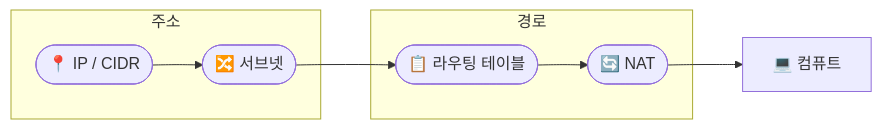
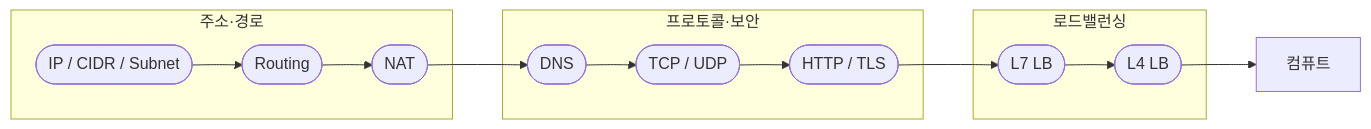
One commit to gwonmin/QuizNox_front changed the first of 5 diagrams in public/handbook/core-cs/real-system-diagrams.md. Above: the diagram before and after it, drawn with Mermaid. The commit also changed other lines of this file and 125 other files, not shown here.

````diff
--- a/public/handbook/core-cs/real-system-diagrams.md
+++ b/public/handbook/core-cs/real-system-diagrams.md
@@ -12,15 +9,21 @@
 ```mermaid
 flowchart LR
-  subgraph addr [주소]
-    IP([📍 IP / CIDR])
-    SUB([🔀 서브넷])
+  subgraph addr [주소·경로]
+    IP([IP / CIDR / Subnet])
+    RT([Routing])
+    N([NAT])
   end
-  subgraph path [경로]
-    RT([📋 라우팅 테이블])
-    N([🔄 NAT])
+  subgraph protocol [프로토콜·보안]
+    D([DNS])
+    P([TCP / UDP])
+    T([HTTP / TLS])
   end
-  IP --> SUB
-  SUB --> RT
-  RT --> N
-  N --> E[💻 컴퓨트]
+  subgraph lb [로드밸런싱]
+    L7([L7 LB])
+    L4([L4 LB])
+  end
+  IP --> RT --> N
+  N --> D --> P --> T
+  T --> L7 --> L4
+  L4 --> E[컴퓨트]
 ```
````
